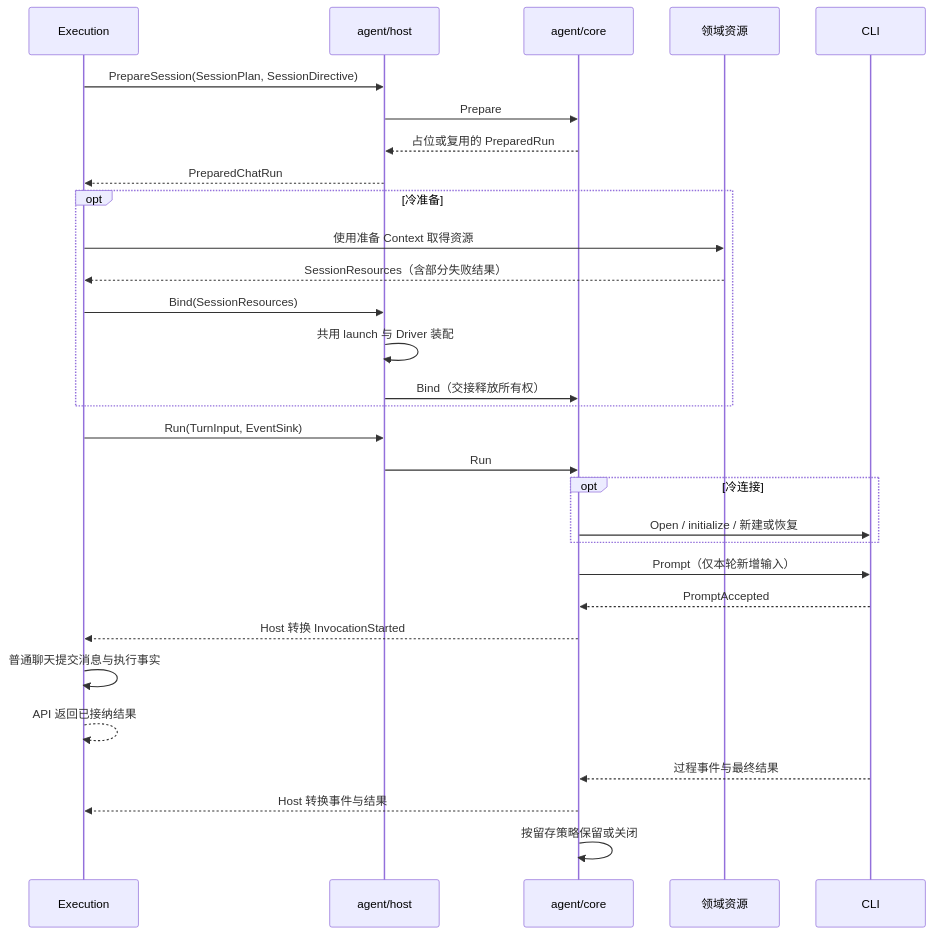
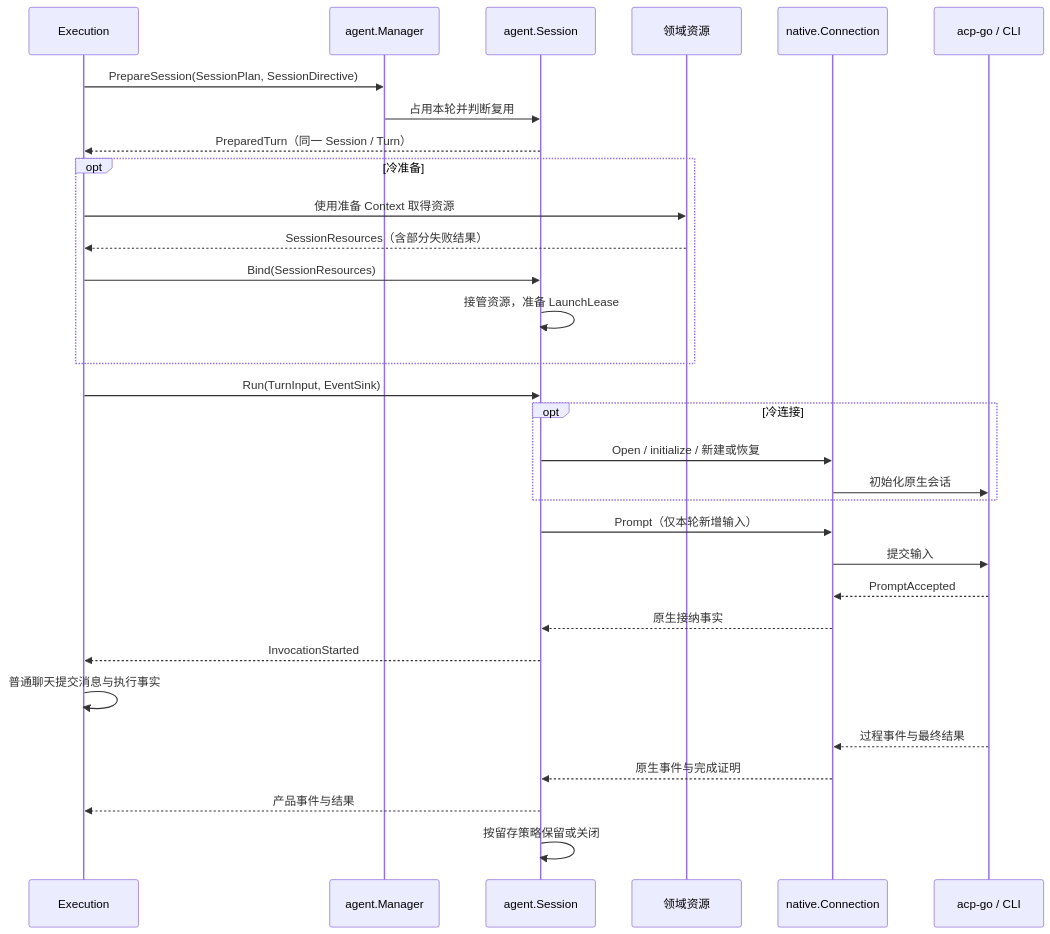
One commit to JieWaZi/NeuxBot changed the first of 2 diagrams in docs/architecture/chat-and-execution-cn.md. Above: the diagram before and after it, drawn with Mermaid. The commit also changed other lines of this file and 13 other files, not shown here.

````diff
--- a/docs/architecture/chat-and-execution-cn.md
+++ b/docs/architecture/chat-and-execution-cn.md
@@ -35,32 +37,33 @@
 ```mermaid
 sequenceDiagram
   participant Execution as Execution
-  participant Host as agent/host
-  participant Runtime as agent/core
+  participant Manager as agent.Manager
+  participant Session as agent.Session
   participant Resources as 领域资源
-  participant CLI as CLI
-  Execution->>Host: PrepareSession(SessionPlan, SessionDirective)
-  Host->>Runtime: Prepare
-  Runtime-->>Host: 占位或复用的 PreparedRun
-  Host-->>Execution: PreparedChatRun
+  participant Connection as native.Connection
+  participant CLI as acp-go / CLI
+  Execution->>Manager: PrepareSession(SessionPlan, SessionDirective)
+  Manager->>Session: 占用本轮并判断复用
+  Session-->>Execution: PreparedTurn（同一 Session / Turn）
   opt 冷准备
     Execution->>Resources: 使用准备 Context 取得资源
     Resources-->>Execution: SessionResources（含部分失败结果）
-    Execution->>Host: Bind(SessionResources)
-    Host->>Host: 共用 launch 与 Driver 装配
-    Host->>Runtime: Bind（交接释放所有权）
+    Execution->>Session: Bind(SessionResources)
+    Session->>Session: 接管资源，准备 LaunchLease
   end
-  Execution->>Host: Run(TurnInput, EventSink)
-  Host->>Runtime: Run
+  Execution->>Session: Run(TurnInput, EventSink)
   opt 冷连接
-    Runtime->>CLI: Open / initialize / 新建或恢复
+    Session->>Connection: Open / initialize / 新建或恢复
+    Connection->>CLI: 初始化原生会话
   end
-  Runtime->>CLI: Prompt（仅本轮新增输入）
-  CLI-->>Runtime: PromptAccepted
-  Runtime-->>Execution: Host 转换 InvocationStarted
+  Session->>Connection: Prompt（仅本轮新增输入）
+  Connection->>CLI: 提交输入
+  CLI-->>Connection: PromptAccepted
+  Connection-->>Session: 原生接纳事实
+  Session-->>Execution: InvocationStarted
   Execution->>Execution: 普通聊天提交消息与执行事实
-  Execution-->>Execution: API 返回已接纳结果
-  CLI-->>Runtime: 过程事件与最终结果
-  Runtime-->>Execution: Host 转换事件与结果
-  Runtime->>Runtime: 按留存策略保留或关闭
+  CLI-->>Connection: 过程事件与最终结果
+  Connection-->>Session: 原生事件与完成证明
+  Session-->>Execution: 产品事件与结果
+  Session->>Session: 按留存策略保留或关闭
 ```
````
